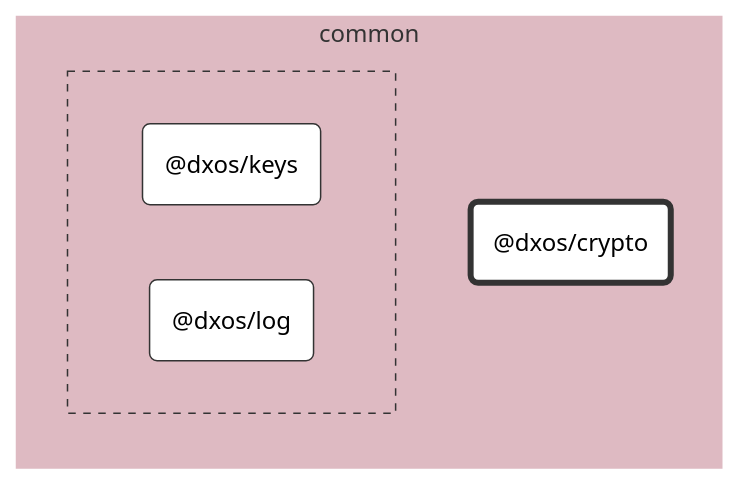
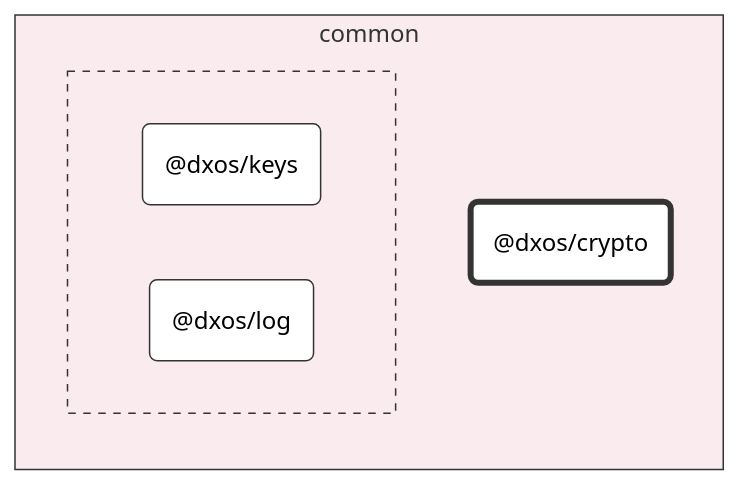
The diagram in packages/common/crypto/docs/README.md (dxos/dxos), drawn with Mermaid (neutral theme) before and after one commit. The commit also changed 93 other files, not shown here.

First line of the commit message:
chore: hierarchical graphs. (#1583)

````diff
--- a/packages/common/crypto/docs/README.md
+++ b/packages/common/crypto/docs/README.md
@@ -7,28 +7,28 @@
 ```mermaid
 %%{ init: {'flowchart':{'curve':'basis'}} }%%
 
 flowchart LR
 
 %% Classes
 classDef def fill:#fff,stroke:#333,stroke-width:1px
 classDef root fill:#fff,stroke:#333,stroke-width:4px
 
 %% Nodes
 
 subgraph common [common]
-  style common fill:#debac2,stroke:#fff
+  style common fill:#faebee,stroke:#333
   dxos/crypto("@dxos/crypto"):::root
   click dxos/crypto "dxos/dxos/tree/main/packages/common/crypto/docs"
 
-  subgraph common-excluded [ ]
-    style common-excluded fill:#debac2,stroke:#333,stroke-dasharray:5 5
+  subgraph _ [ ]
+    style _ fill:#faebee,stroke:#333,stroke-dasharray:5 5
     dxos/keys("@dxos/keys"):::def
     click dxos/keys "dxos/dxos/tree/main/packages/common/keys/docs"
     dxos/log("@dxos/log"):::def
     click dxos/log "dxos/dxos/tree/main/packages/common/log/docs"
   end
 end
 
 %% Links
 linkStyle default stroke:#333,stroke-width:1px
 ```
````
